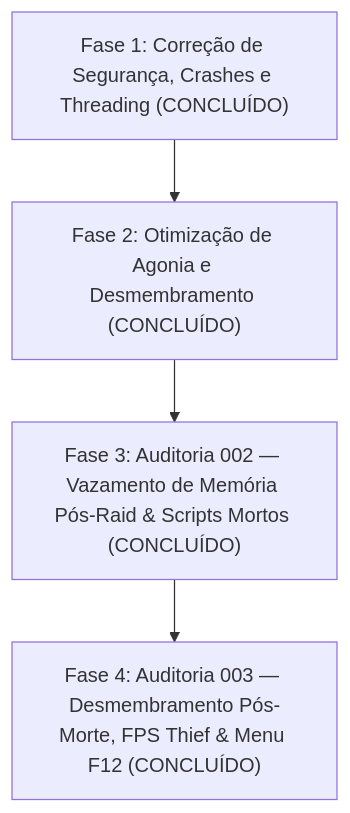
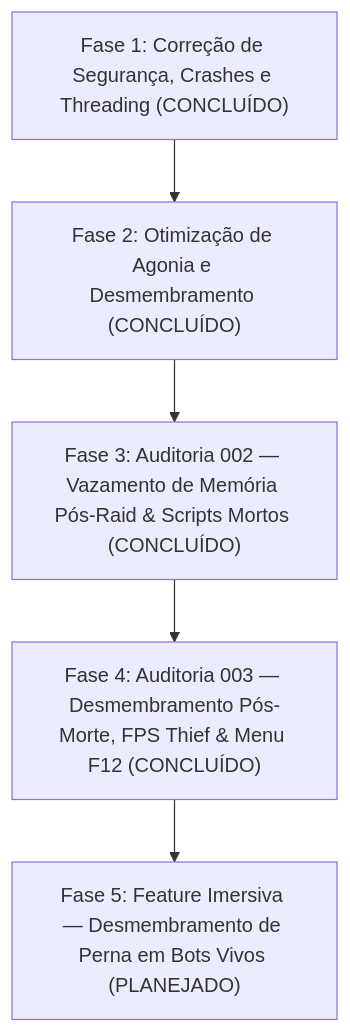
One commit to guilhermebvdm/tarkov-spt-4.0 changed the diagram in mods/VisceralCombat/docs/refactor-roadmap.md. Above: the diagram before and after it, drawn with Mermaid. The commit also changed other lines of this file and 3 other files, not shown here.

Commit message:
feat(VisceralCombat): add item 001 for alive leg dismemberment with prone lock and blood trail to backlog & roadmap

````diff
--- a/mods/VisceralCombat/docs/refactor-roadmap.md
+++ b/mods/VisceralCombat/docs/refactor-roadmap.md
@@ -28,6 +28,7 @@
 ```mermaid
 graph TD
     Phase1["Fase 1: Correção de Segurança, Crashes e Threading (CONCLUÍDO)"] --> Phase2["Fase 2: Otimização de Agonia e Desmembramento (CONCLUÍDO)"]
     Phase2 --> Phase3["Fase 3: Auditoria 002 — Vazamento de Memória Pós-Raid & Scripts Mortos (CONCLUÍDO)"]
     Phase3 --> Phase4["Fase 4: Auditoria 003 — Desmembramento Pós-Morte, FPS Thief & Menu F12 (CONCLUÍDO)"]
+    Phase4 --> Phase5["Fase 5: Feature Imersiva — Desmembramento de Perna em Bots Vivos (PLANEJADO)"]
 ```
````
